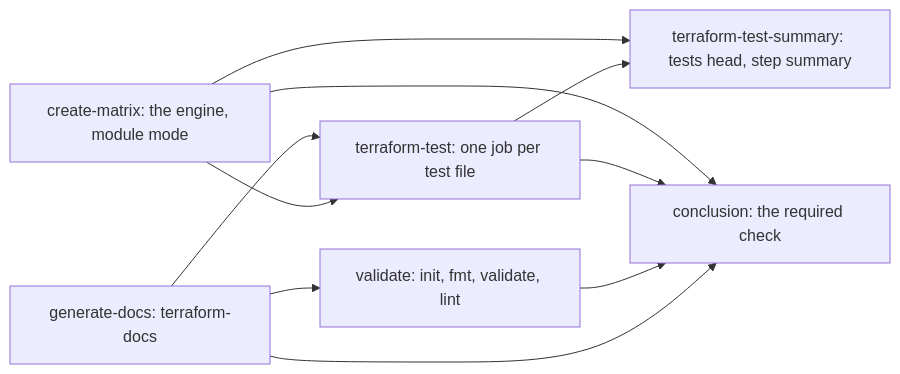
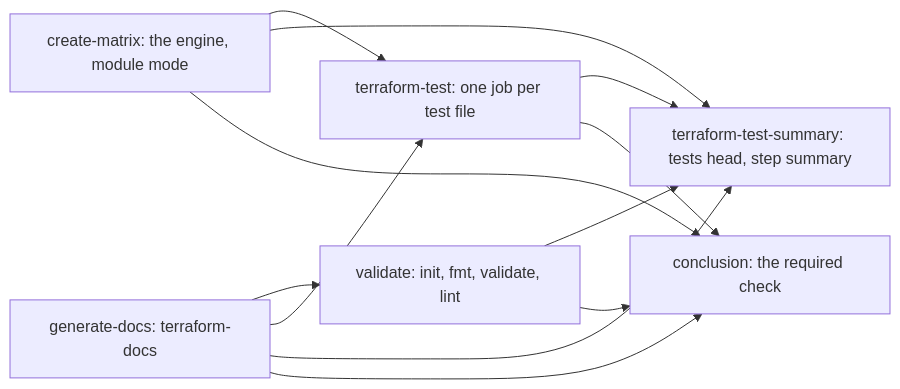
One commit to dsb-norge/github-actions-terraform changed the diagram in docs/Module-ci.md. Above: the diagram before and after it, drawn with Mermaid. The commit also changed other lines of this file, not shown here.

````diff
--- a/docs/Module-ci.md
+++ b/docs/Module-ci.md
@@ -79,12 +79,14 @@
 ```mermaid
 flowchart LR
     matrix["create-matrix: the engine, module mode"] --> tests["terraform-test: one job per test file"]
     docs["generate-docs: terraform-docs"] --> validate["validate: init, fmt, validate, lint"]
     docs --> tests
     tests --> summary["terraform-test-summary: tests head, step summary"]
     matrix --> summary
+    docs --> summary
+    validate --> summary
     docs --> conclusion["conclusion: the required check"]
     validate --> conclusion
     tests --> conclusion
     matrix --> conclusion
 ```
````
